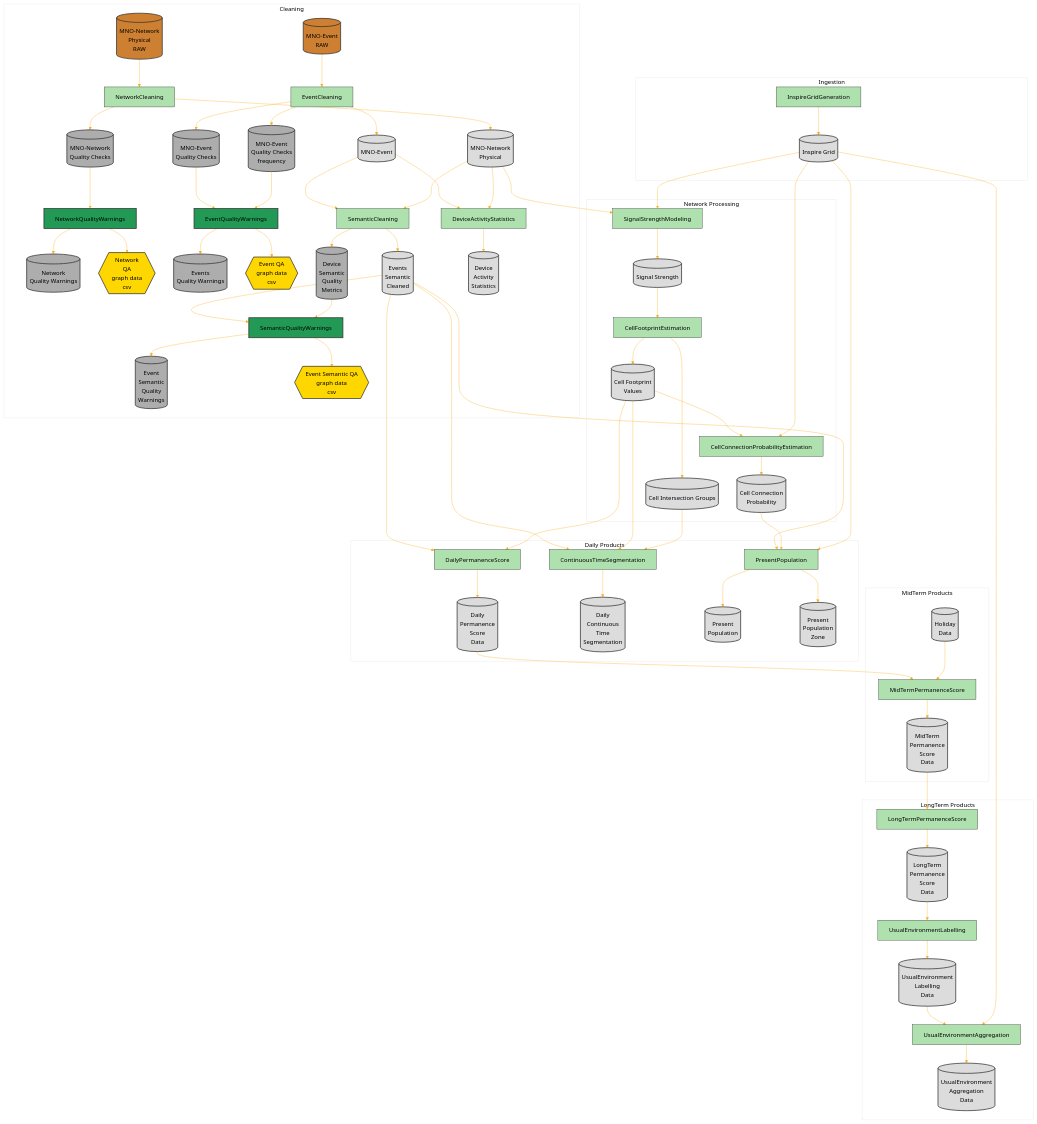
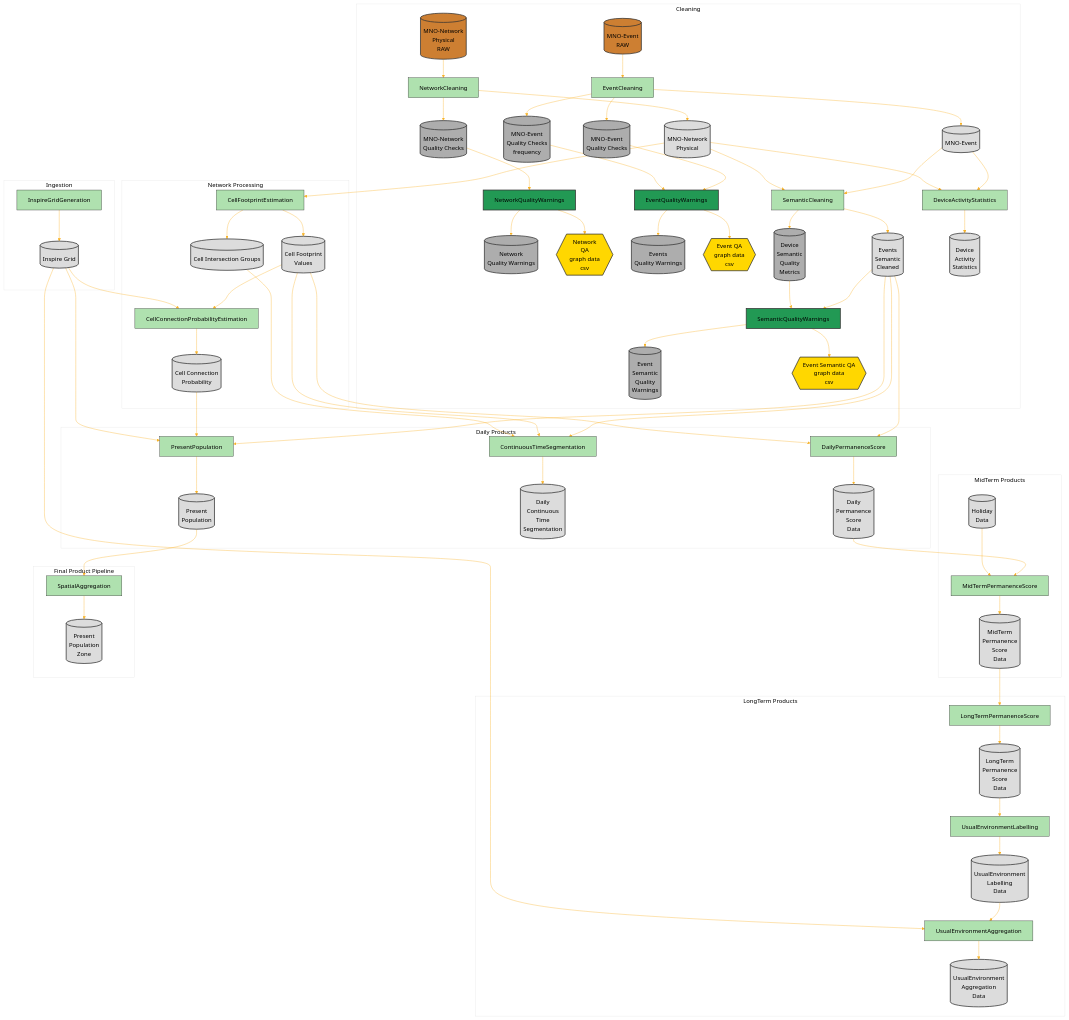
The diagram in docs/pipeline.md (eurostat/multimno), drawn with Mermaid before and after one commit. The commit also changed 143 other files, not shown here.

````diff
--- a/docs/pipeline.md
+++ b/docs/pipeline.md
@@ -60,11 +60,8 @@
     
 
     subgraph Network Processing
-    %% Signal Strength
-    InspireGridData-->SignalStrengthModeling;
-    PhysicalNetworkData-->SignalStrengthModeling-->SignalStrengthData[(Signal Strength)];
     %% Cell Footprint
-    SignalStrengthData-->CellFootprintEstimation-->CellFootprintData[(Cell Footprint\nValues)];
+    PhysicalNetworkData-->CellFootprintEstimation-->CellFootprintData[(Cell Footprint\nValues)];
     CellFootprintEstimation-->CellIntersectionGroupsData[(Cell Intersection Groups)];
     %% Cell Connection Probability
     CellFootprintData-->CellConnectionProbabilityEstimation;
@@ -82,10 +79,9 @@
     CellIntersectionGroupsData-->ContinuousTimeSegmentation;
     %% Present Population Estimation
     EventsSemanticCleaned-->PresentPopulation-->PresentPopulationData[(Present\nPopulation)];
-    CellConnectionProbabilityData-->PresentPopulation-->PresentPopulationZoneData[(Present\nPopulation\nZone)];
+    CellConnectionProbabilityData-->PresentPopulation;
     InspireGridData-->PresentPopulation;
     end
-
 
     %% --- Longitudinal module ---
     subgraph MidTerm Products
@@ -104,6 +100,11 @@
     InspireGridData-->UsualEnvironmentAggregation;
     end
 
+    subgraph Final Product Pipeline
+    %% Spatial Aggregation
+    PresentPopulationData-->SpatialAggregation-->PresentPopulationZoneData[(Present\nPopulation\nZone)];
+    end
+
     classDef green fill:#229954,stroke:#333,stroke-width:2px;
     classDef light_green fill:#AFE1AF,stroke:#333,stroke-width:1px;
     classDef bronze fill:#CD7F32,stroke:#333,stroke-width:2px;
@@ -119,7 +120,7 @@
     class PhysicalNetworkData light_silver
     class NetworkQAData,NetworkWarnings silver
     class NetworkReports gold
-    class SignalStrengthData,CellFootprintData,CellConnectionProbabilityData,CellIntersectionGroupsData light_silver
+    class CellFootprintData,CellConnectionProbabilityData,CellIntersectionGroupsData light_silver
     %% -- EVENTS --
     %% event cleaning
     class EventsRAWData bronze
@@ -151,7 +152,7 @@
     %% ---- Components ----
     class InspireGridGeneration light_green
     %% Net
-    class NetworkCleaning,SignalStrengthModeling,CellFootprintEstimation,CellConnectionProbabilityEstimation light_green
+    class NetworkCleaning,CellFootprintEstimation,CellConnectionProbabilityEstimation light_green
     class NetworkQualityWarnings green
     %% Events
     class EventCleaning,EventDeduplication,SemanticCleaning light_green
@@ -163,4 +164,6 @@
     %% Longitudinal - Midterm
     class MidTermPermanenceScore light_green
     class LongTermPermanenceScore,UsualEnvironmentLabelling,UsualEnvironmentAggregation light_green
+    %% Final products pipeline
+    class SpatialAggregation light_green
 ```
````
